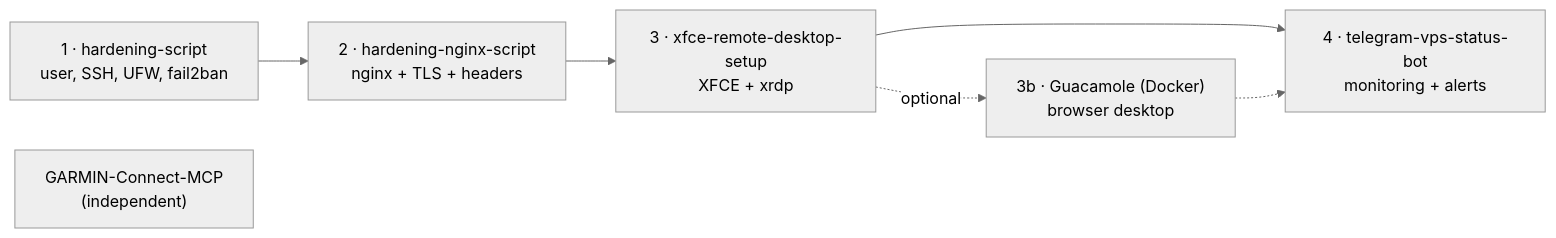
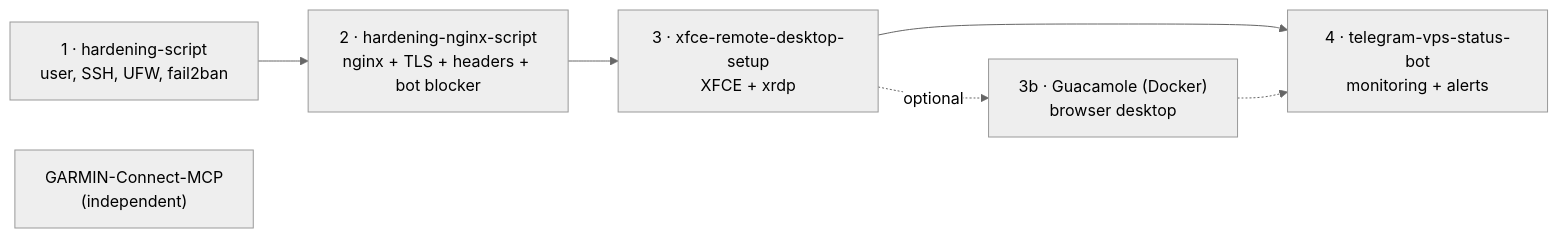
Before and after one commit to sheloab/vps-setup-guide: the diagram in README.md, drawn with Mermaid (neutral theme). The commit also changed other lines of this file, not shown here.

First line of the commit message:
Guide: nginx script v5 with bot blocker, fail2ban fixes, reconnect hook

````diff
--- a/README.md
+++ b/README.md
@@ -25,9 +25,9 @@
 ```mermaid
 flowchart LR
-    A["1 · hardening-script<br/>user, SSH, UFW, fail2ban"] --> B["2 · hardening-nginx-script<br/>nginx + TLS + headers"]
+    A["1 · hardening-script<br/>user, SSH, UFW, fail2ban"] --> B["2 · hardening-nginx-script<br/>nginx + TLS + headers + bot blocker"]
     B --> C["3 · xfce-remote-desktop-setup<br/>XFCE + xrdp"]
     C -.optional.-> G["3b · Guacamole (Docker)<br/>browser desktop"]
     C --> D["4 · telegram-vps-status-bot<br/>monitoring + alerts"]
     G -.-> D
     E["GARMIN-Connect-MCP<br/>(independent)"]
 ```
````
